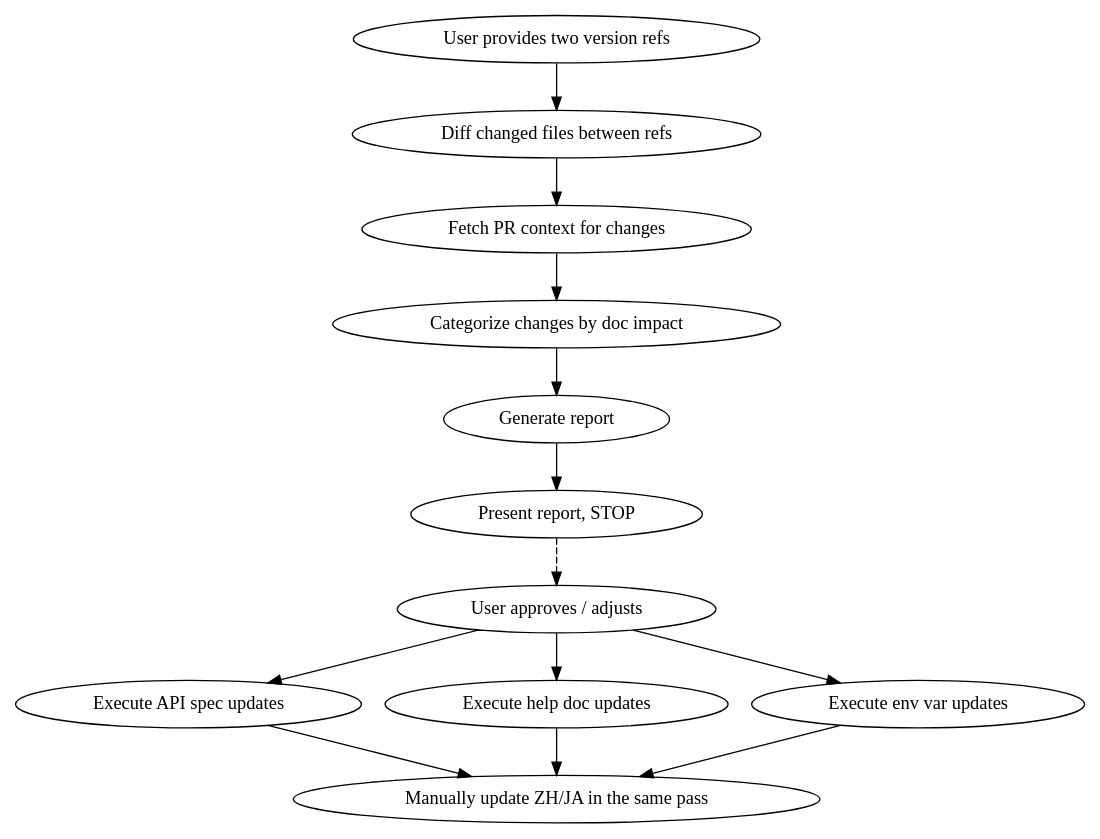
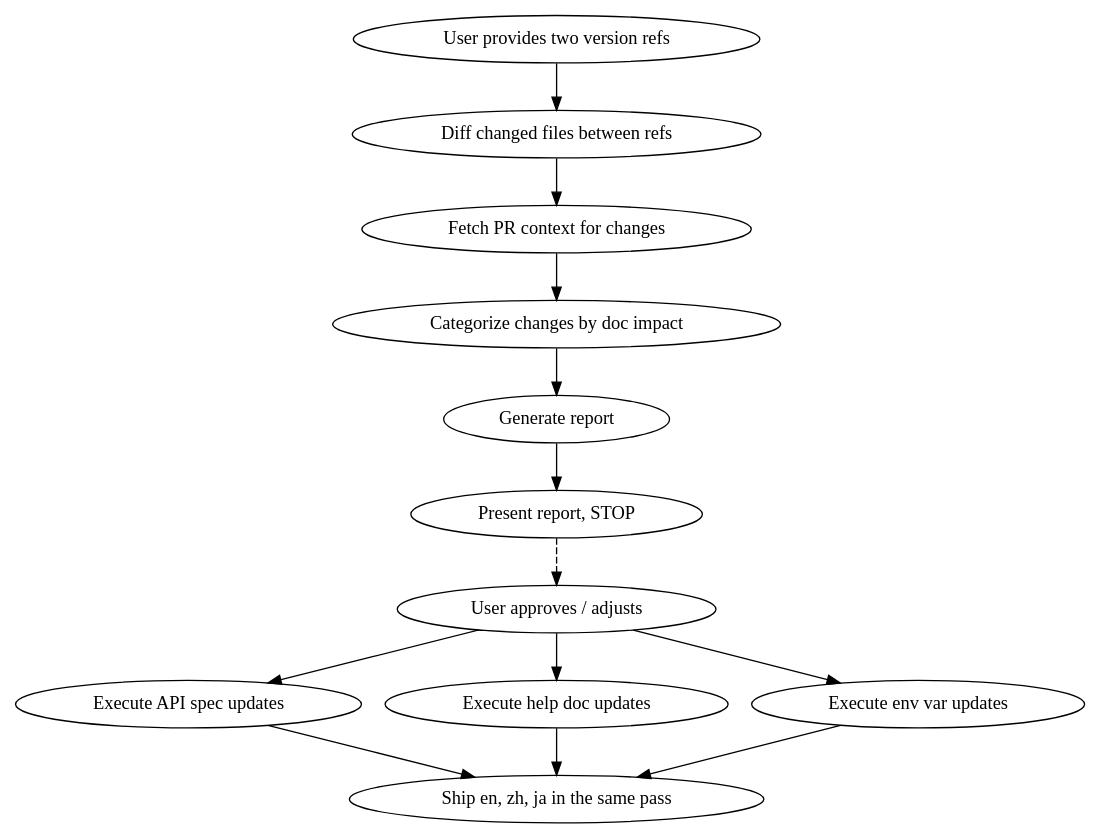
One commit to langgenius/dify-docs changed the diagram in .claude/skills/dify-docs-release-sync/SKILL.md. Above: the diagram before and after it, drawn with Graphviz. The commit also changed other lines of this file and 23 other files, not shown here.

````diff
--- a/.claude/skills/dify-docs-release-sync/SKILL.md
+++ b/.claude/skills/dify-docs-release-sync/SKILL.md
@@ -28,17 +24,17 @@
 ```dot
 digraph {
   rankdir=TB;
   "User provides two version refs" -> "Diff changed files between refs";
   "Diff changed files between refs" -> "Fetch PR context for changes";
   "Fetch PR context for changes" -> "Categorize changes by doc impact";
   "Categorize changes by doc impact" -> "Generate report";
   "Generate report" -> "Present report, STOP";
   "Present report, STOP" -> "User approves / adjusts" [style=dashed];
   "User approves / adjusts" -> "Execute API spec updates";
   "User approves / adjusts" -> "Execute help doc updates";
   "User approves / adjusts" -> "Execute env var updates";
-  "Execute API spec updates" -> "Manually update ZH/JA in the same pass";
-  "Execute help doc updates" -> "Manually update ZH/JA in the same pass";
-  "Execute env var updates" -> "Manually update ZH/JA in the same pass";
+  "Execute API spec updates" -> "Ship en, zh, ja in the same pass";
+  "Execute help doc updates" -> "Ship en, zh, ja in the same pass";
+  "Execute env var updates" -> "Ship en, zh, ja in the same pass";
 }
 ```
````
